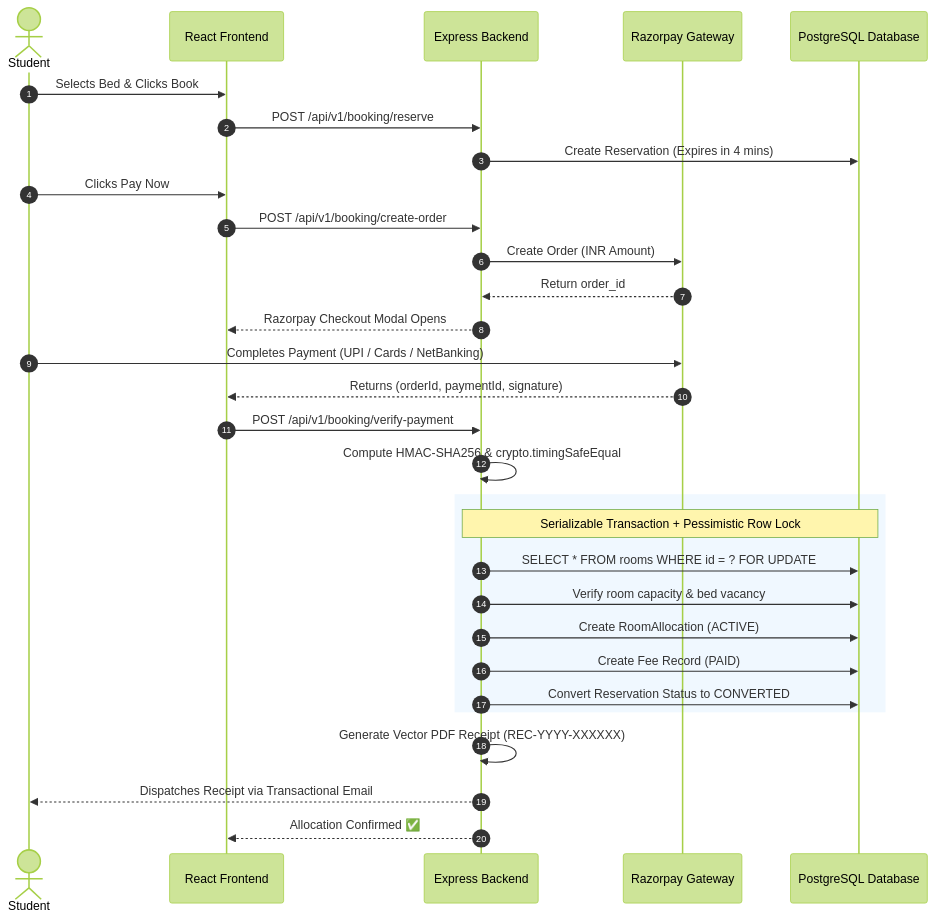
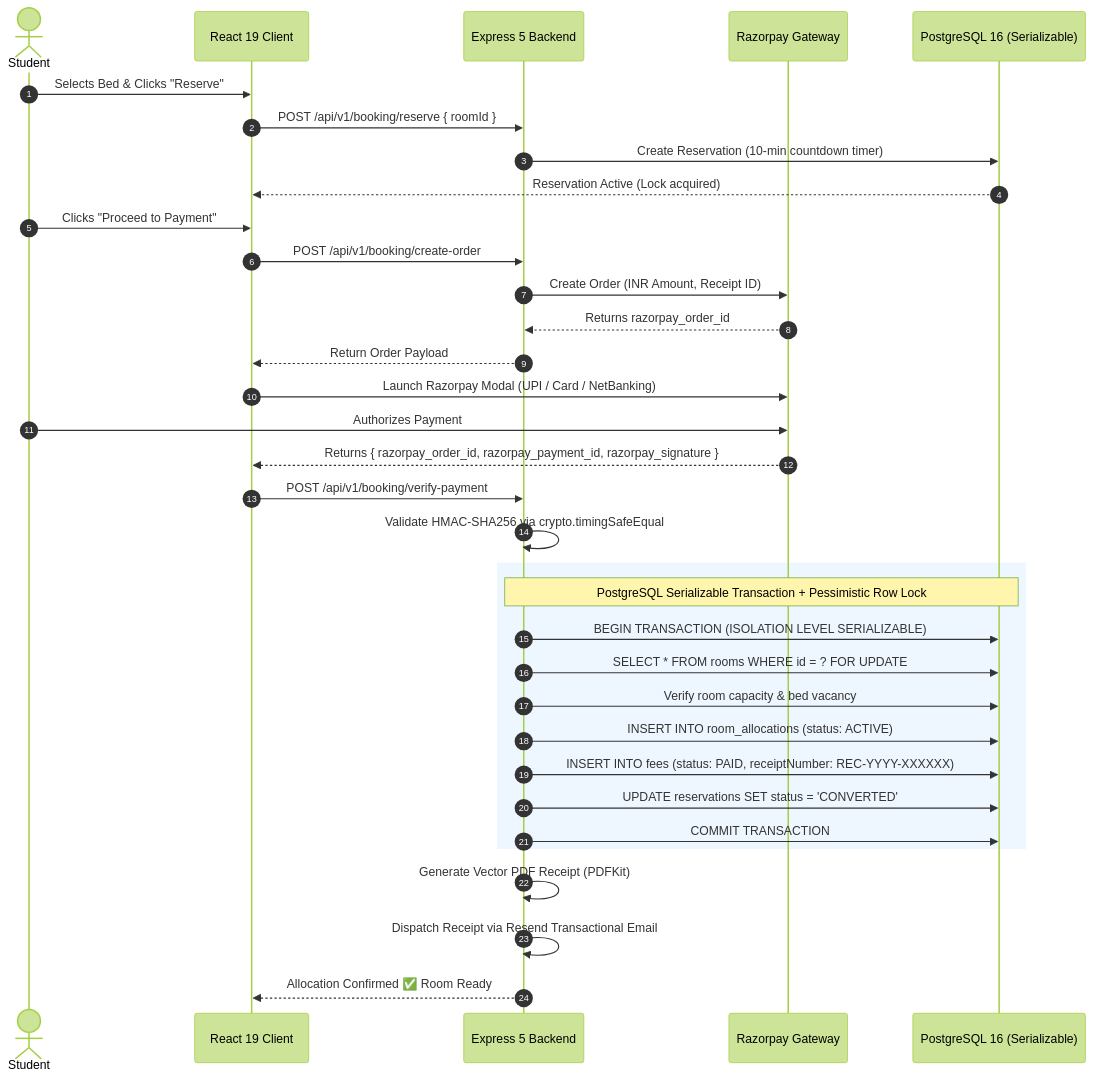
Before and after one commit to Omkarpmath/Hostel-System: the second of 3 diagrams in README.md, drawn with Mermaid (forest theme). The commit also changed other lines of this file, not shown here.

````diff
--- a/README.md
+++ b/README.md
@@ -214,38 +214,42 @@
 ```mermaid
 sequenceDiagram
     autonumber
     actor Student as Student
-    participant UI as React Frontend
-    participant Server as Express Backend
+    participant UI as React 19 Client
+    participant API as Express 5 Backend
     participant RZP as Razorpay Gateway
-    participant DB as PostgreSQL Database
+    participant DB as PostgreSQL 16 (Serializable)
 
-    Student->>UI: Selects Bed & Clicks Book
-    UI->>Server: POST /api/v1/booking/reserve
-    Server->>DB: Create Reservation (Expires in 4 mins)
-    
-    Student->>UI: Clicks Pay Now
-    UI->>Server: POST /api/v1/booking/create-order
-    Server->>RZP: Create Order (INR Amount)
-    RZP-->>Server: Return order_id
-    Server-->>UI: Razorpay Checkout Modal Opens
-    
-    Student->>RZP: Completes Payment (UPI / Cards / NetBanking)
-    RZP-->>UI: Returns (orderId, paymentId, signature)
-    
-    UI->>Server: POST /api/v1/booking/verify-payment
-    Server->>Server: Compute HMAC-SHA256 & crypto.timingSafeEqual
-    
-    rect rgb(240, 248, 255)
-    Note over Server,DB: Serializable Transaction + Pessimistic Row Lock
-    Server->>DB: SELECT * FROM rooms WHERE id = ? FOR UPDATE
-    Server->>DB: Verify room capacity & bed vacancy
-    Server->>DB: Create RoomAllocation (ACTIVE)
-    Server->>DB: Create Fee Record (PAID)
-    Server->>DB: Convert Reservation Status to CONVERTED
+    Student->>UI: Selects Bed & Clicks "Reserve"
+    UI->>API: POST /api/v1/booking/reserve { roomId }
+    API->>DB: Create Reservation (10-min countdown timer)
+    DB-->>UI: Reservation Active (Lock acquired)
+
+    Student->>UI: Clicks "Proceed to Payment"
+    UI->>API: POST /api/v1/booking/create-order
+    API->>RZP: Create Order (INR Amount, Receipt ID)
+    RZP-->>API: Returns razorpay_order_id
+    API-->>UI: Return Order Payload
+
+    UI->>RZP: Launch Razorpay Modal (UPI / Card / NetBanking)
+    Student->>RZP: Authorizes Payment
+    RZP-->>UI: Returns { razorpay_order_id, razorpay_payment_id, razorpay_signature }
+
+    UI->>API: POST /api/v1/booking/verify-payment
+    API->>API: Validate HMAC-SHA256 via crypto.timingSafeEqual
+
+    rect rgb(238, 246, 255)
+    Note over API,DB: PostgreSQL Serializable Transaction + Pessimistic Row Lock
+    API->>DB: BEGIN TRANSACTION (ISOLATION LEVEL SERIALIZABLE)
+    API->>DB: SELECT * FROM rooms WHERE id = ? FOR UPDATE
+    API->>DB: Verify room capacity & bed vacancy
+    API->>DB: INSERT INTO room_allocations (status: ACTIVE)
+    API->>DB: INSERT INTO fees (status: PAID, receiptNumber: REC-YYYY-XXXXXX)
+    API->>DB: UPDATE reservations SET status = 'CONVERTED'
+    API->>DB: COMMIT TRANSACTION
     end
-    
-    Server->>Server: Generate Vector PDF Receipt (REC-YYYY-XXXXXX)
-    Server-->>Student: Dispatches Receipt via Transactional Email
-    Server-->>UI: Allocation Confirmed ✅
+
+    API->>API: Generate Vector PDF Receipt (PDFKit)
+    API->>API: Dispatch Receipt via Resend Transactional Email
+    API-->>UI: Allocation Confirmed ✅ Room Ready
 ```
````
